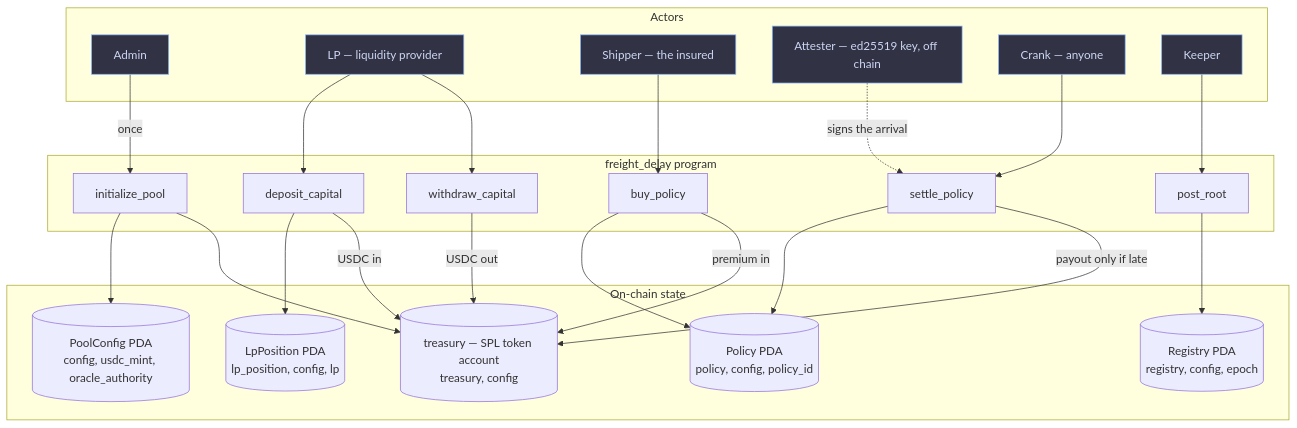
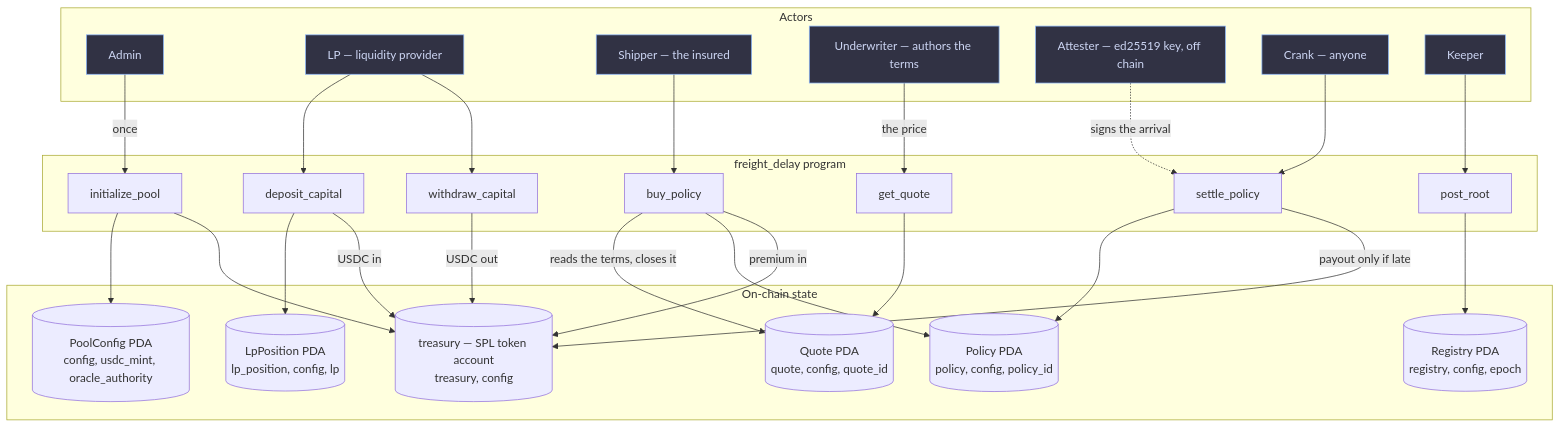
One commit to ChaosCore-labs/Trana_Protocol changed the diagram in README.md. Above: the diagram before and after it, drawn with Mermaid. The commit also changed other lines of this file and 68 other files, not shown here.

Commit message:
fix(freight-delay): gate buy_policy on an underwriter-authored quote

````diff
--- a/README.md
+++ b/README.md
@@ -77,49 +77,56 @@
 ```mermaid
 flowchart TB
     subgraph people["Actors"]
         ADMIN["Admin"]:::actor
         LP["LP — liquidity provider"]:::actor
         SHIP["Shipper — the insured"]:::actor
+        UND["Underwriter — authors the terms"]:::actor
         ATT["Attester — ed25519 key, off chain"]:::actor
         CRANK["Crank — anyone"]:::actor
         KEEP["Keeper"]:::actor
     end
 
     subgraph program["freight_delay program"]
         IP[initialize_pool]
         DC[deposit_capital]
+        GQ[get_quote]
         BP[buy_policy]
         SP[settle_policy]
         WC[withdraw_capital]
         PR[post_root]
     end
 
     subgraph state["On-chain state"]
         CFG[("PoolConfig PDA<br/>config, usdc_mint, oracle_authority")]
         TRE[("treasury — SPL token account<br/>treasury, config")]
         POS[("LpPosition PDA<br/>lp_position, config, lp")]
         POL[("Policy PDA<br/>policy, config, policy_id")]
+        QUO[("Quote PDA<br/>quote, config, quote_id")]
         REG[("Registry PDA<br/>registry, config, epoch")]
     end
 
     ADMIN -->|once| IP
+    UND -->|the price| GQ
     LP --> DC
     LP --> WC
     SHIP --> BP
     CRANK --> SP
     KEEP --> PR
     ATT -.->|signs the arrival| SP
+
+    GQ --> QUO
+    BP -->|reads the terms, closes it| QUO
 
     IP --> CFG
     IP --> TRE
     DC --> POS
     DC -->|USDC in| TRE
     BP --> POL
     BP -->|premium in| TRE
     SP --> POL
     SP -->|payout only if late| TRE
     WC -->|USDC out| TRE
     PR --> REG
 
     classDef actor fill:#313244,stroke:#89b4fa,color:#cdd6f4
 ```
````
